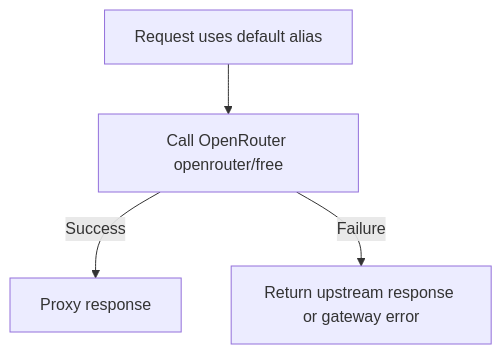
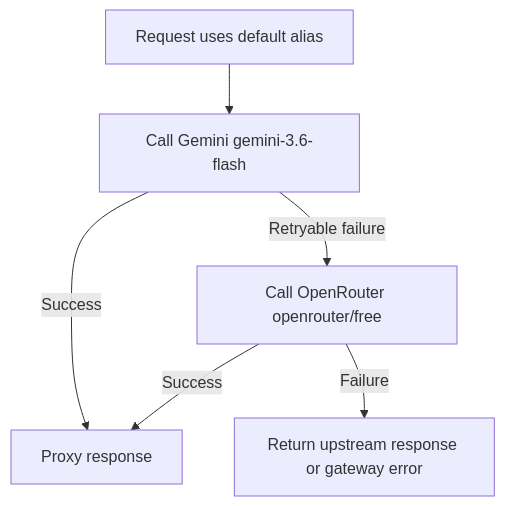
One commit to JakuninOleg/Go-Ai changed the fourth of 4 diagrams in README.md. Above: the diagram before and after it, drawn with Mermaid. The commit also changed other lines of this file and 8 other files, not shown here.

````diff
--- a/README.md
+++ b/README.md
@@ -316,6 +318,8 @@
 ```mermaid
 flowchart TD
-    Start[Request uses default alias] --> Router[Call OpenRouter openrouter/free]
-    Router -->|Success| Return[Proxy response]
+    Start[Request uses default alias] --> Gemini[Call Gemini gemini-3.6-flash]
+    Gemini -->|Success| Return[Proxy response]
+    Gemini -->|Retryable failure| Router[Call OpenRouter openrouter/free]
+    Router -->|Success| Return
     Router -->|Failure| Final[Return upstream response or gateway error]
 ```
````
